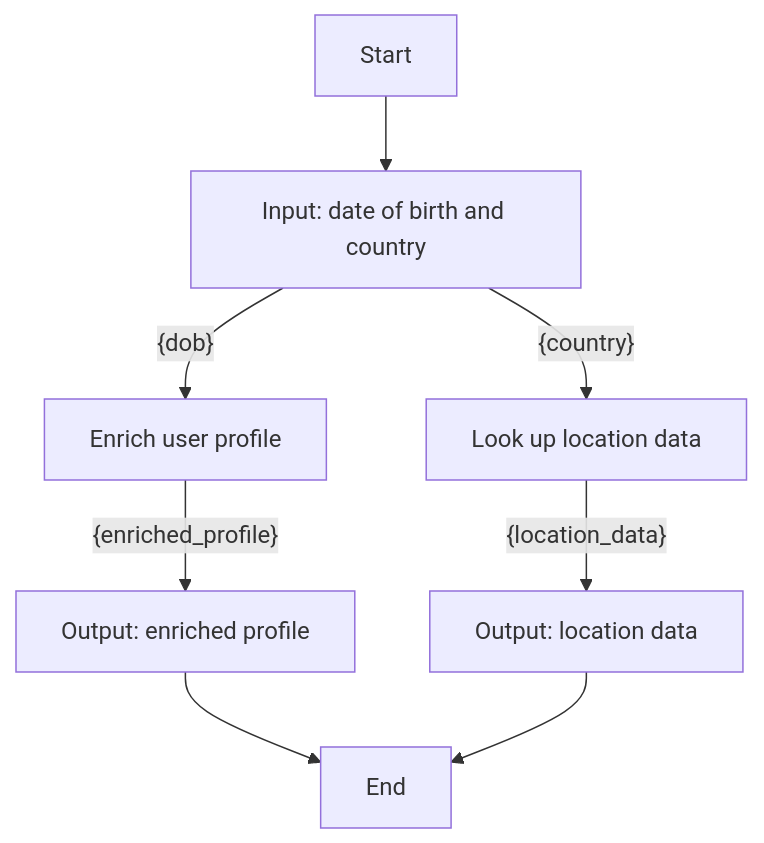
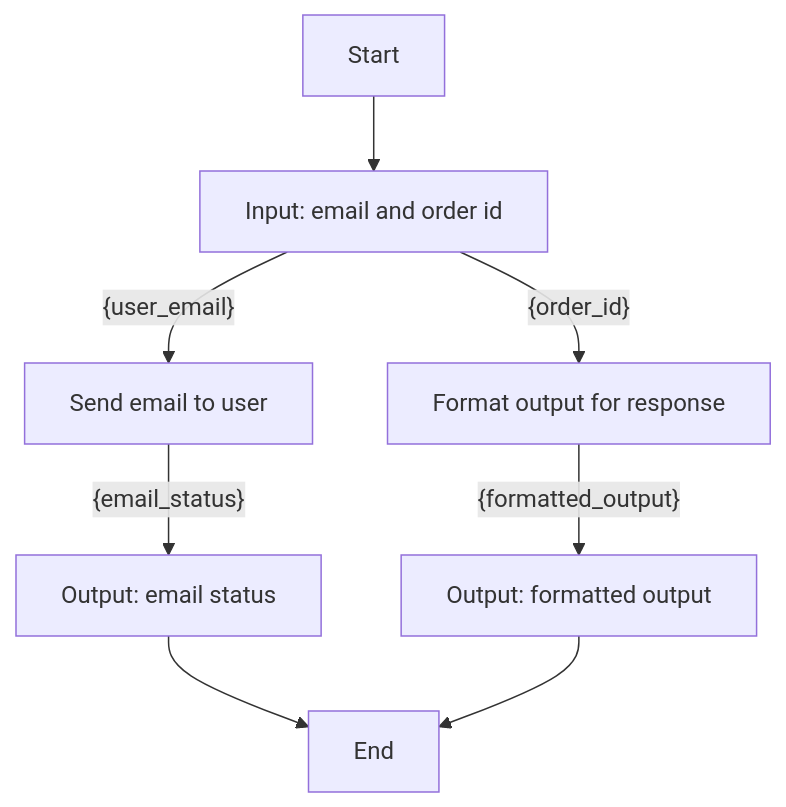
Before and after one commit to YJ-928/Temporal-Python-SDK: the diagram in poc-dsl-compiler/input/workflows/workflow_2.md, drawn with Mermaid. The commit also changed 29 other files, not shown here.

````diff
--- a/poc-dsl-compiler/input/workflows/workflow_2.md
+++ b/poc-dsl-compiler/input/workflows/workflow_2.md
@@ -1,10 +1,10 @@
 ```mermaid
 graph TD
-    A[Start] --> B[Input: date of birth and country]
-    B[Input: date of birth and country] -- {dob} --> C[Enrich user profile]
-    B[Input: date of birth and country] -- {country} --> D[Look up location data]
-    C[Enrich user profile] -- {enriched_profile} --> E[Output: enriched profile]
-    D[Look up location data] -- {location_data} --> F[Output: location data]
-    E[Output: enriched profile] --> G[End]
-    F[Output: location data] --> G[End]
+    A[Start] --> B[Input: email and order id]
+    B[Input: email and order id] -- {user_email} --> C[Send email to user]
+    B[Input: email and order id] -- {order_id} --> D[Format output for response]
+    C[Send email to user] -- {email_status} --> E[Output: email status]
+    D[Format output for response] -- {formatted_output} --> F[Output: formatted output]
+    E[Output: email status] --> G[End]
+    F[Output: formatted output] --> G[End]
 ```
````
